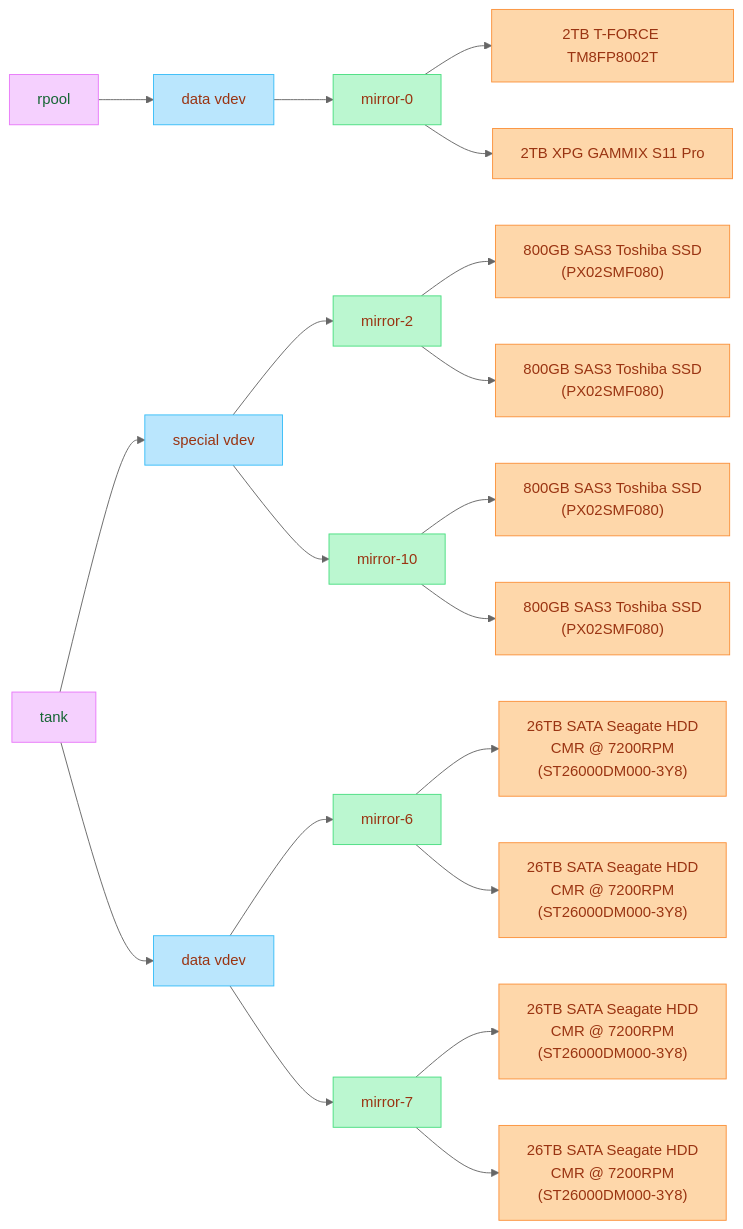
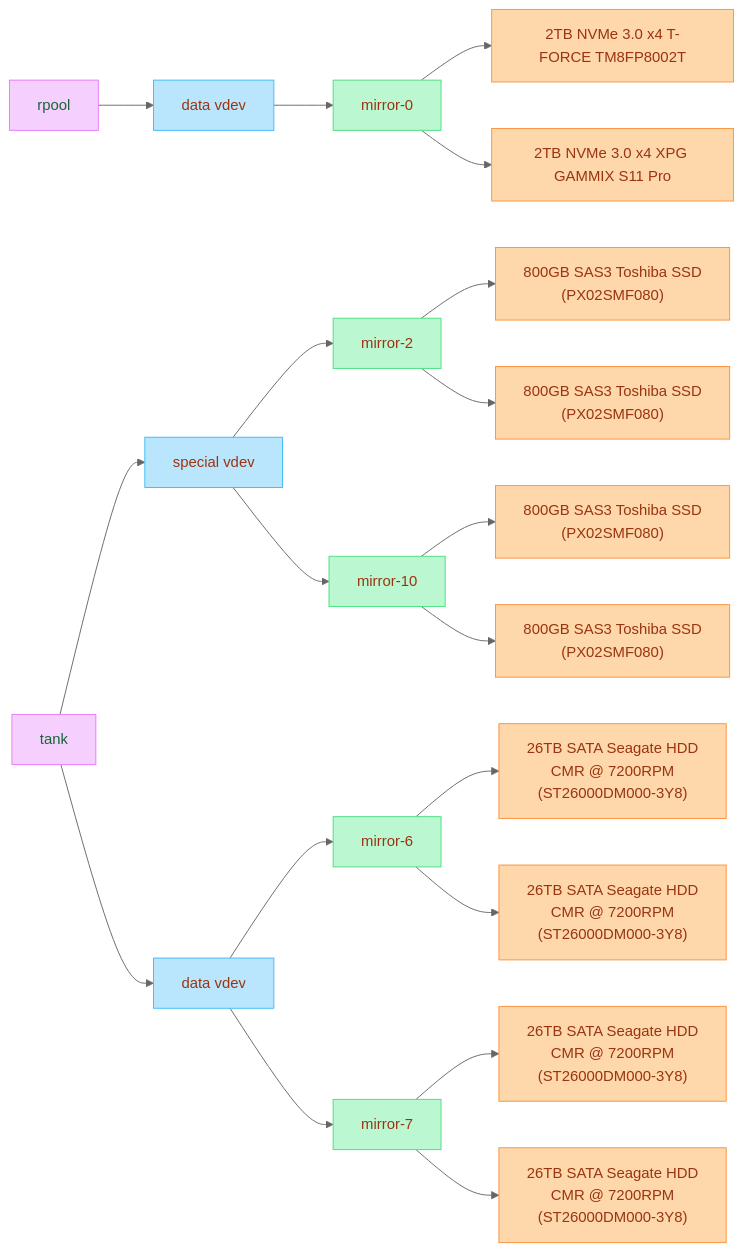
Before and after one commit to danterazo/docker-configs: the first of 3 diagrams in README.md, drawn with Mermaid (neutral theme).

Commit message:
Add protocols

````diff
--- a/README.md
+++ b/README.md
@@ -13,34 +13,34 @@
 ```mermaid
 flowchart LR
     rpool --> rpool_data["data vdev"]
     rpool_data --> rpool_mirror["mirror-0"]
-    rpool_mirror --> rpool_ssd1["2TB T-FORCE TM8FP8002T"]
-    rpool_mirror --> rpool_ssd2["2TB XPG GAMMIX S11 Pro"]
+    rpool_mirror --> rpool_ssd1["2TB NVMe 3.0 x4 T-FORCE TM8FP8002T"]
+    rpool_mirror --> rpool_ssd2["2TB NVMe 3.0 x4 XPG GAMMIX S11 Pro"]
 
     tank --> special["special vdev"]
     tank --> data["data vdev"]
 
     special --> special_mirror0["mirror-2"]
     special --> special_mirror1["mirror-10"]
     special_mirror0 --> special_ssd1["800GB SAS3 Toshiba SSD<br>(PX02SMF080)"]
     special_mirror0 --> special_ssd2["800GB SAS3 Toshiba SSD<br>(PX02SMF080)"]
     special_mirror1 --> special_ssd3["800GB SAS3 Toshiba SSD<br>(PX02SMF080)"]
     special_mirror1 --> special_ssd4["800GB SAS3 Toshiba SSD<br>(PX02SMF080)"]
 
     data --> data_mirror0["mirror-6"]
     data --> data_mirror1["mirror-7"]
     data_mirror0 --> data_hdd1["26TB SATA Seagate HDD<br>CMR @ 7200RPM<br>(ST26000DM000-3Y8)"]
     data_mirror0 --> data_hdd2["26TB SATA Seagate HDD<br>CMR @ 7200RPM<br>(ST26000DM000-3Y8)"]
     data_mirror1 --> data_hdd3["26TB SATA Seagate HDD<br>CMR @ 7200RPM<br>(ST26000DM000-3Y8)"]
     data_mirror1 --> data_hdd4["26TB SATA Seagate HDD<br>CMR @ 7200RPM<br>(ST26000DM000-3Y8)"]
 
     classDef pool fill:#f5d0fe,color:#166534,stroke:#e879f9
     classDef vdev fill:#bae6fd,color:#9a3412,stroke:#38bdf8
     classDef mirror fill:#bbf7d0,color:#9a3412,stroke:#4ade80
     classDef disk fill:#fed7aa,color:#9a3412,stroke:#fb923c
 
     class rpool,tank pool
     class rpool_data,special,data vdev
     class rpool_mirror,special_mirror0,special_mirror1,data_mirror0,data_mirror1 mirror
     class rpool_ssd1,rpool_ssd2,special_ssd1,special_ssd2,special_ssd3,special_ssd4,data_hdd1,data_hdd2,data_hdd3,data_hdd4 disk
 ```
````
